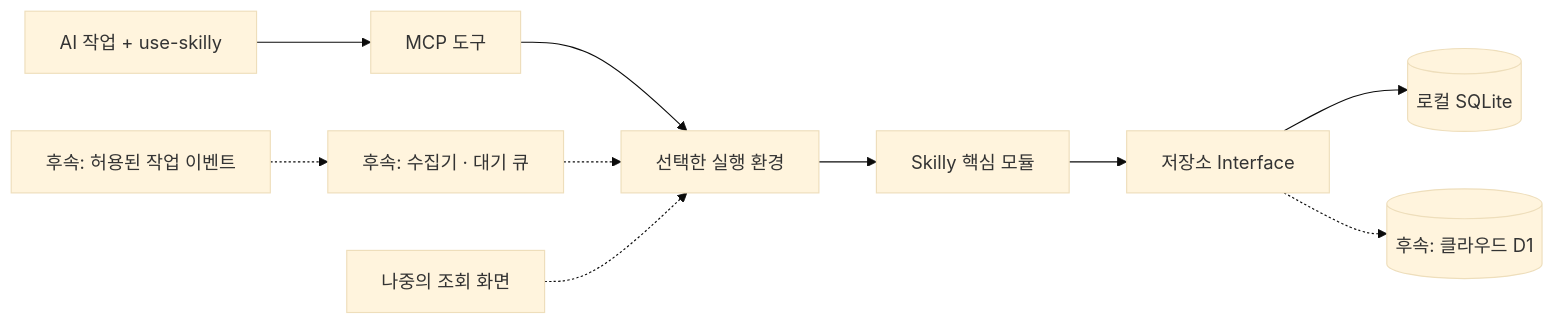
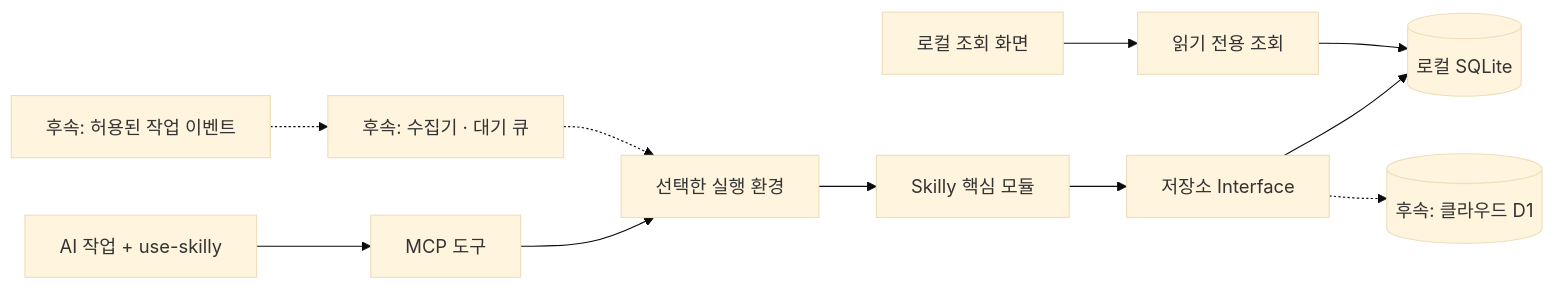
Before and after one commit to lsy980326/Skilly: the diagram in README.md, drawn with Mermaid (base theme). The commit also changed other lines of this file and 22 other files, not shown here.

````diff
--- a/README.md
+++ b/README.md
@@ -76,12 +88,13 @@
 ```mermaid
 flowchart LR
     AI["AI 작업 + use-skilly"] --> MCP["MCP 도구"]
     Hooks["후속: 허용된 작업 이벤트"] -.-> Collector["후속: 수집기 · 대기 큐"]
     MCP --> Runtime["선택한 실행 환경"]
     Collector -.-> Runtime
     Runtime --> Core["Skilly 핵심 모듈"]
     Core --> Storage["저장소 Interface"]
     Storage --> Local[("로컬 SQLite")]
     Storage -.-> Cloud[("후속: 클라우드 D1")]
-    UI["나중의 조회 화면"] -.-> Runtime
+    UI["로컬 조회 화면"] --> Reader["읽기 전용 조회"]
+    Reader --> Local
 ```
````
